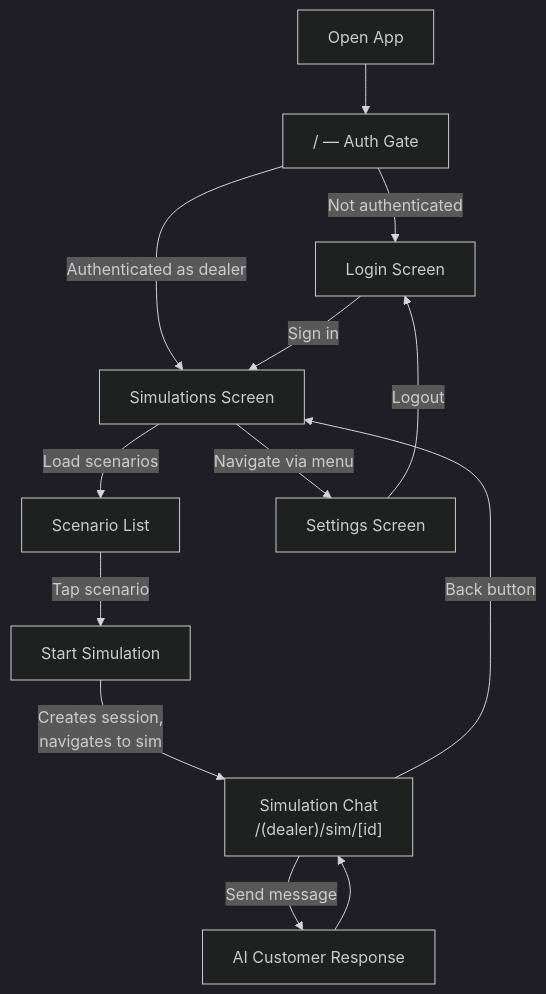
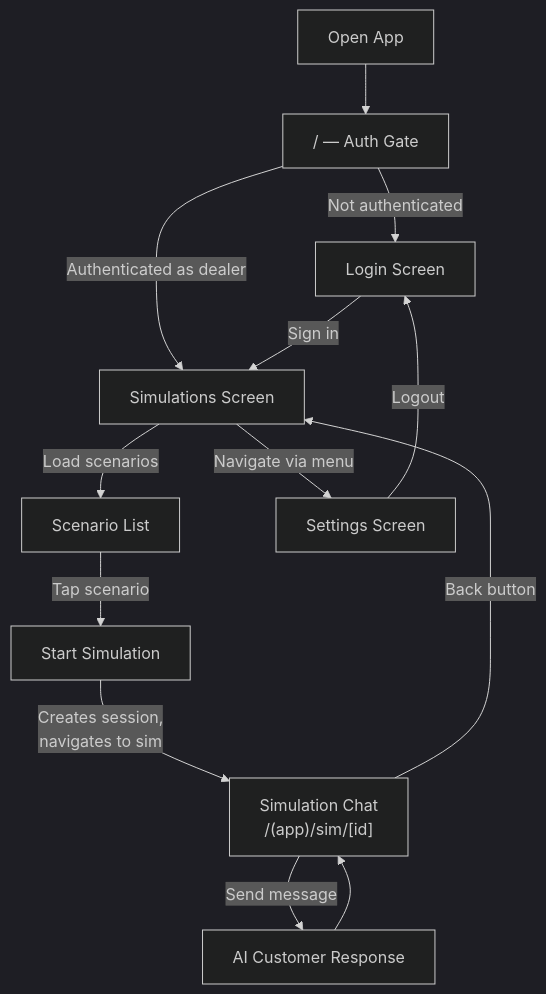
Before and after one commit to kramersmith/dealership-ai: the third of 4 diagrams in docs/diagrams/site-map-and-flows.md, drawn with Mermaid (dark theme). The commit also changed other lines of this file and 38 other files, not shown here.

First line of the commit message:
feat: unify buyer and dealer into single role-gated app

````diff
--- a/docs/diagrams/site-map-and-flows.md
+++ b/docs/diagrams/site-map-and-flows.md
@@ -121,19 +116,19 @@
 ```mermaid
 flowchart TD
     OPEN[Open App] --> INDEX["/  — Auth Gate"]
     INDEX --> |Not authenticated| LOGIN[Login Screen]
     INDEX --> |Authenticated as dealer| SIMS
 
     LOGIN --> |Sign in| SIMS[Simulations Screen]
 
     SIMS --> |Load scenarios| LIST[Scenario List]
     LIST --> |Tap scenario| START[Start Simulation]
-    START --> |Creates session,\nnavigates to sim| SIM_CHAT["Simulation Chat\n/(dealer)/sim/[id]"]
+    START --> |Creates session,\nnavigates to sim| SIM_CHAT["Simulation Chat\n/(app)/sim/[id]"]
 
     SIM_CHAT --> |Send message| AI[AI Customer Response]
     AI --> SIM_CHAT
     SIM_CHAT --> |Back button| SIMS
 
     SIMS --> |Navigate via menu| SETTINGS[Settings Screen]
     SETTINGS --> |Logout| LOGIN
 ```
````
